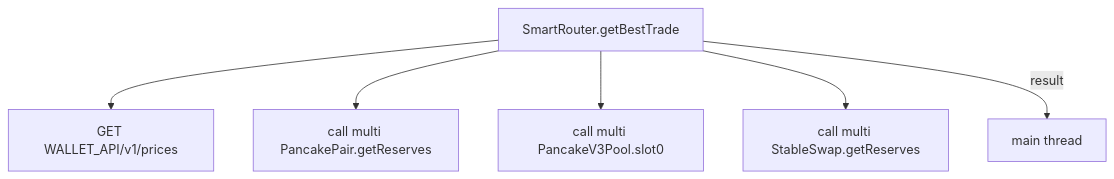
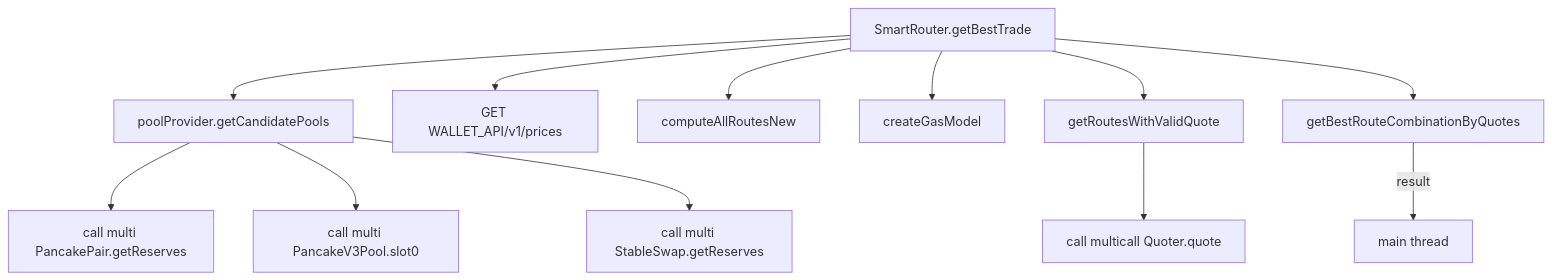
The third of 6 diagrams in apps/web/src/quoter/viz.md (chef-ryan/pancake-frontend), drawn with Mermaid before and after one commit. The commit also changed other lines of this file, not shown here.

````diff
--- a/apps/web/src/quoter/viz.md
+++ b/apps/web/src/quoter/viz.md
@@ -118,9 +123,15 @@
 ```mermaid
 flowchart TD
     SR[SmartRouter.getBestTrade]
+    SR --> CP[poolProvider.getCandidatePools]
+    CP --> V2["call multi PancakePair.getReserves"]
+    CP --> V3["call multi PancakeV3Pool.slot0"]
+    CP --> ST["call multi StableSwap.getReserves"]
     SR --> WA["GET WALLET_API/v1/prices"]
-    SR --> V2["call multi PancakePair.getReserves"]
-    SR --> V3["call multi PancakeV3Pool.slot0"]
-    SR --> ST["call multi StableSwap.getReserves"]
-    SR -->|result| MAIN[main thread]
+    SR --> RT[computeAllRoutesNew]
+    SR --> GM[createGasModel]
+    SR --> VQ[getRoutesWithValidQuote]
+    VQ --> QC["call multicall Quoter.quote"]
+    SR --> BR[getBestRouteCombinationByQuotes]
+    BR -->|result| MAIN[main thread]
 ```
````
